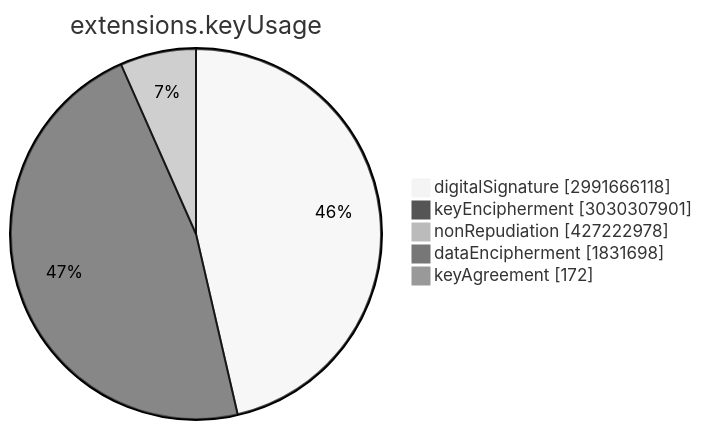
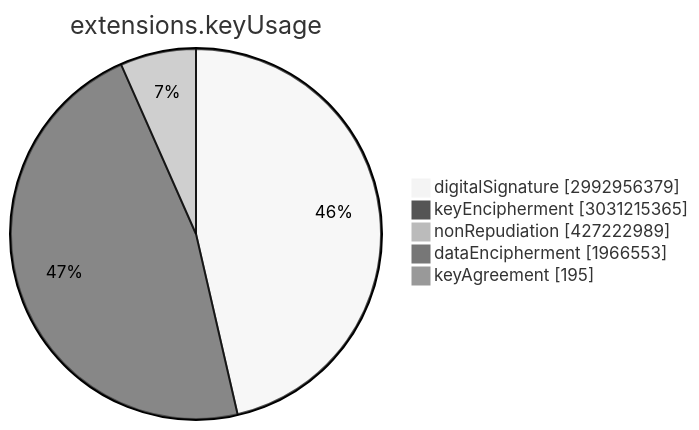
The sixth of 15 diagrams in TOTAL/README.md (christiankrug/ctmonitor_visualization), drawn with Mermaid (neutral theme) before and after one commit. The commit also changed other lines of this file, not shown here.

````diff
--- a/TOTAL/README.md
+++ b/TOTAL/README.md
@@ -3071,9 +3071,9 @@
 ```mermaid
 pie showData
 title extensions.keyUsage
-"digitalSignature" :2991666118
-"keyEncipherment" :3030307901
-"nonRepudiation" :427222978
-"dataEncipherment" :1831698
-"keyAgreement" :172
+"digitalSignature" :2992956379
+"keyEncipherment" :3031215365
+"nonRepudiation" :427222989
+"dataEncipherment" :1966553
+"keyAgreement" :195
 ```
````
